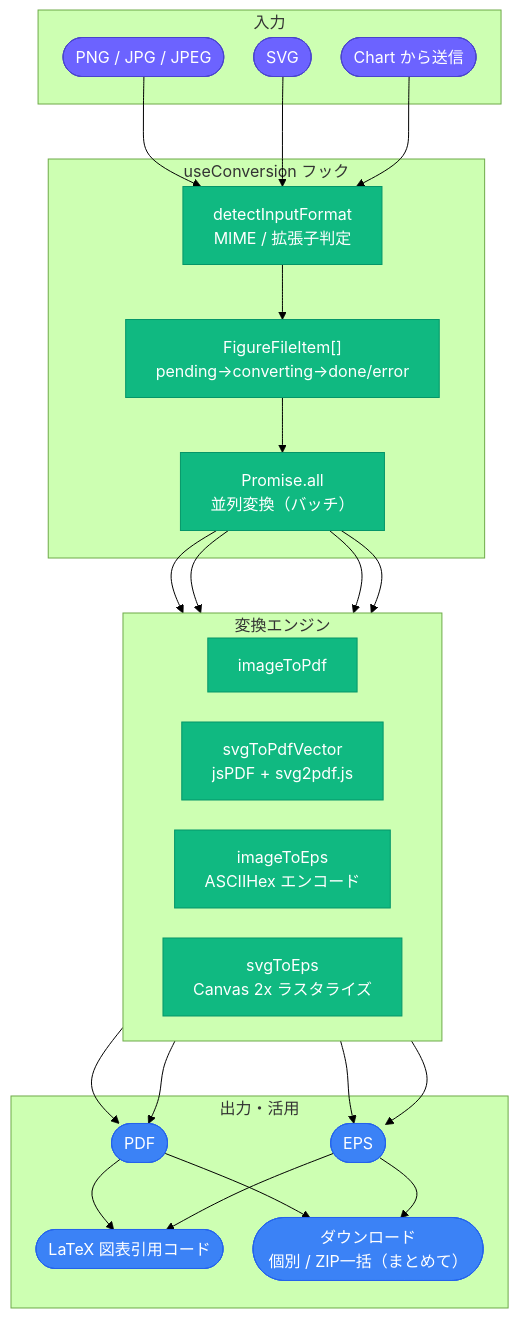
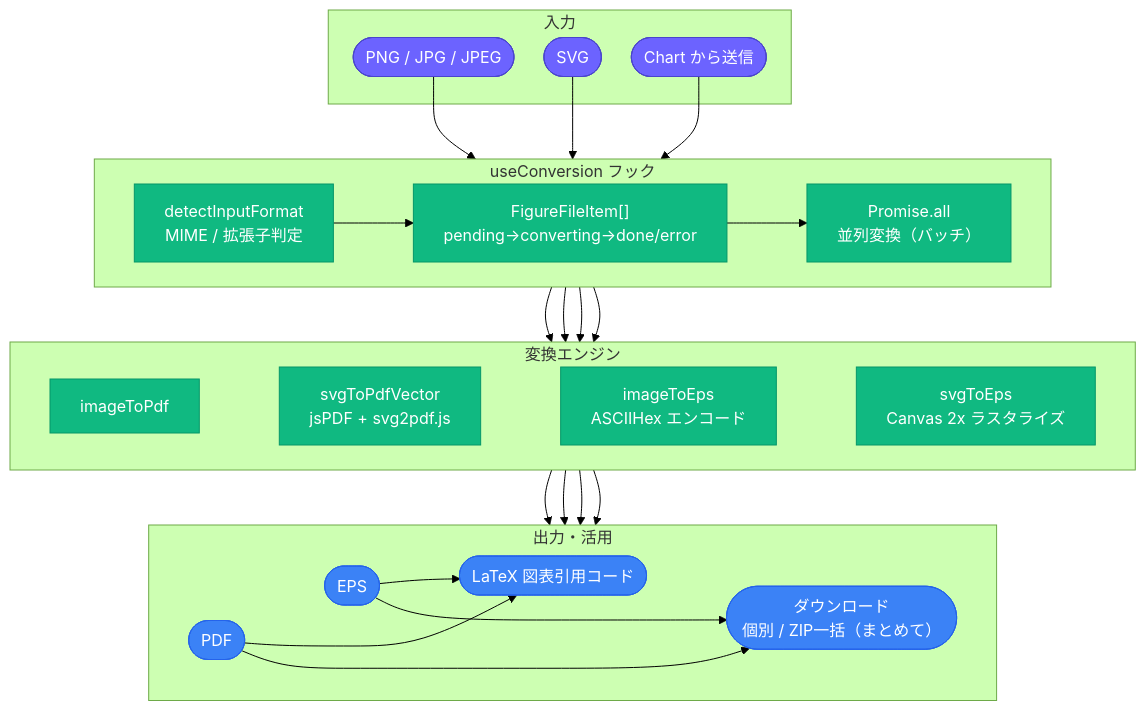
Before and after one commit to Axe0320/latex-research-toolkit: the first of 3 diagrams in docs/architecture/figure-convert.md, drawn with Mermaid (forest theme). The commit also changed 1 other file, not shown here.

Commit message:
アーキテクチャ図の枠と間隔は維持しつつ、同種ノードを横並びにして縦幅を短縮
- Citationの「DOI解決」「変換・整形」、画像変換の「出力・活用」の各枠内をdirection LRに変更（枠・タイトル・間隔は変更なし）
- 画像変換の「変換エンジン」枠は元々direction LRが指定されていたが、内部ノード同士に矢印が無いためMermaidの仕様で縦積みのままになっていた不具合を発見。見えない接続線（~~~）を追加して本来の横並び表示に修正
- ノード数・枠・間隔は変えずに、Citation -35%、画像変換 -46%の縦幅削減

````diff
--- a/docs/architecture/figure-convert.md
+++ b/docs/architecture/figure-convert.md
@@ -15,51 +15,55 @@
 ```mermaid
 %%{init: {'flowchart': {'nodeSpacing': 30, 'rankSpacing': 55}}}%%
 flowchart TD
     classDef input fill:#6C63FF,color:#fff,stroke:#4a44cc
     classDef conv  fill:#10B981,color:#fff,stroke:#059669
     classDef out   fill:#3B82F6,color:#fff,stroke:#2563EB
 
     subgraph IN["入力"]
         PNG([PNG / JPG / JPEG]):::input
         SVG([SVG]):::input
         CHARTIN(["Chart から送信"]):::input
     end
 
     subgraph HOOK["useConversion フック"]
+        direction LR
         DET["detectInputFormat<br/>MIME / 拡張子判定"]:::conv
         STATE["FigureFileItem[]<br/>pending→converting→done/error"]:::conv
         PAR["Promise.all<br/>並列変換（バッチ）"]:::conv
         DET --> STATE --> PAR
     end
 
     subgraph CONV["変換エンジン"]
         direction LR
         P1["imageToPdf"]:::conv
         P2["svgToPdfVector<br/>jsPDF + svg2pdf.js"]:::conv
         E1["imageToEps<br/>ASCIIHex エンコード"]:::conv
         E2["svgToEps<br/>Canvas 2x ラスタライズ"]:::conv
+        P1 ~~~ P2 ~~~ E1 ~~~ E2
     end
 
     subgraph OUT["出力・活用"]
+        direction LR
         PDF([PDF]):::out
         EPS([EPS]):::out
         LTX(["LaTeX 図表引用コード"]):::out
         DL(["ダウンロード<br/>個別 / ZIP一括（まとめて）"]):::out
+        PDF ~~~ EPS ~~~ LTX ~~~ DL
     end
 
     PNG --> DET
     SVG --> DET
     CHARTIN --> DET
     PAR --> P1
     PAR --> P2
     PAR --> E1
     PAR --> E2
     P1 --> PDF
     P2 --> PDF
     E1 --> EPS
     E2 --> EPS
     PDF --> LTX
     PDF --> DL
     EPS --> LTX
     EPS --> DL
 ```
````
